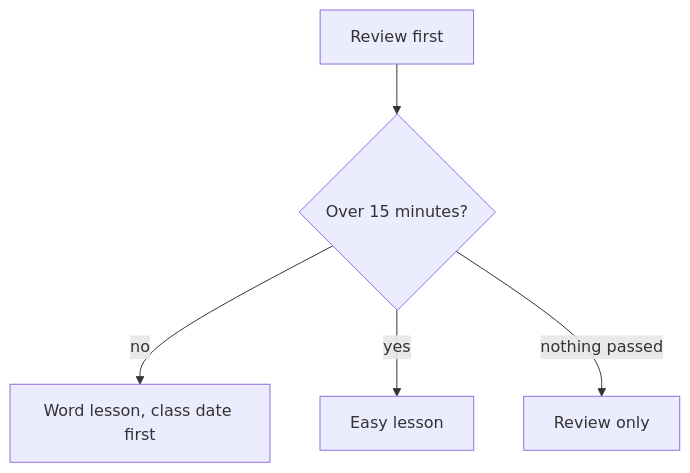
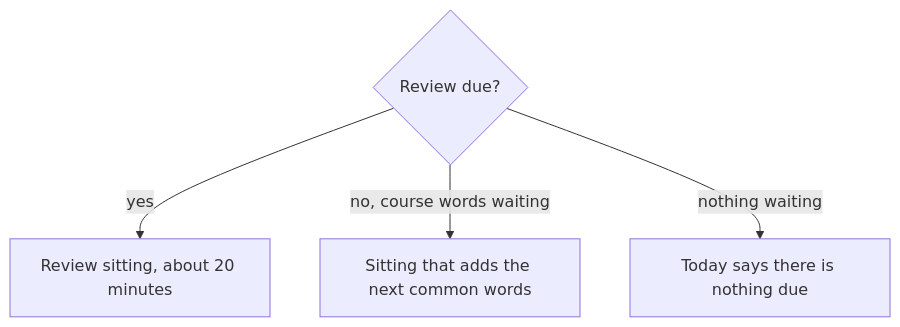
The third of 5 diagrams in sdd/initiatives/INIT-039-one-platform-lessons-that-teach/diagrams.md (NetworkBuild3r/hebrew-lessons), drawn with Mermaid before and after one commit. The commit also changed other lines of this file and 152 other files, not shown here.

Commit message:
INIT-039: ship the five sections with a signed common-words course, and open INIT-040 for teaching verbs and customs.

````diff
--- a/sdd/initiatives/INIT-039-one-platform-lessons-that-teach/diagrams.md
+++ b/sdd/initiatives/INIT-039-one-platform-lessons-that-teach/diagrams.md
@@ -33,7 +37,7 @@
 ```mermaid
 flowchart TD
-  review[Review first] --> cap{Over 15 minutes?}
-  cap -->|no| word[Word lesson, class date first]
-  cap -->|yes| easy[Easy lesson]
-  cap -->|nothing passed| only[Review only]
+  due{Review due?}
+  due -->|yes| review[Review sitting, about 20 minutes]
+  due -->|no, course words waiting| sitting[Sitting that adds the next common words]
+  due -->|nothing waiting| quiet[Today says there is nothing due]
 ```
````
